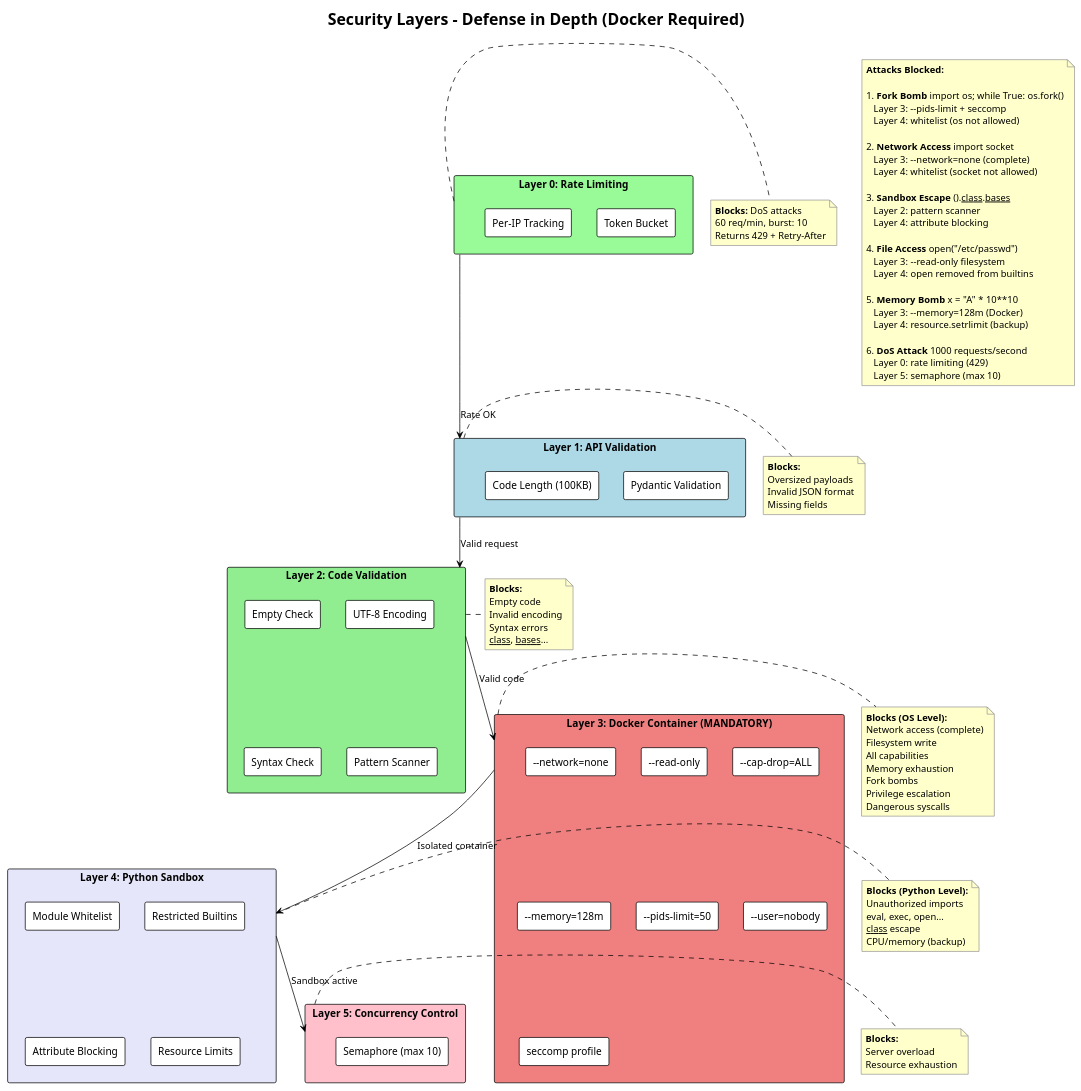
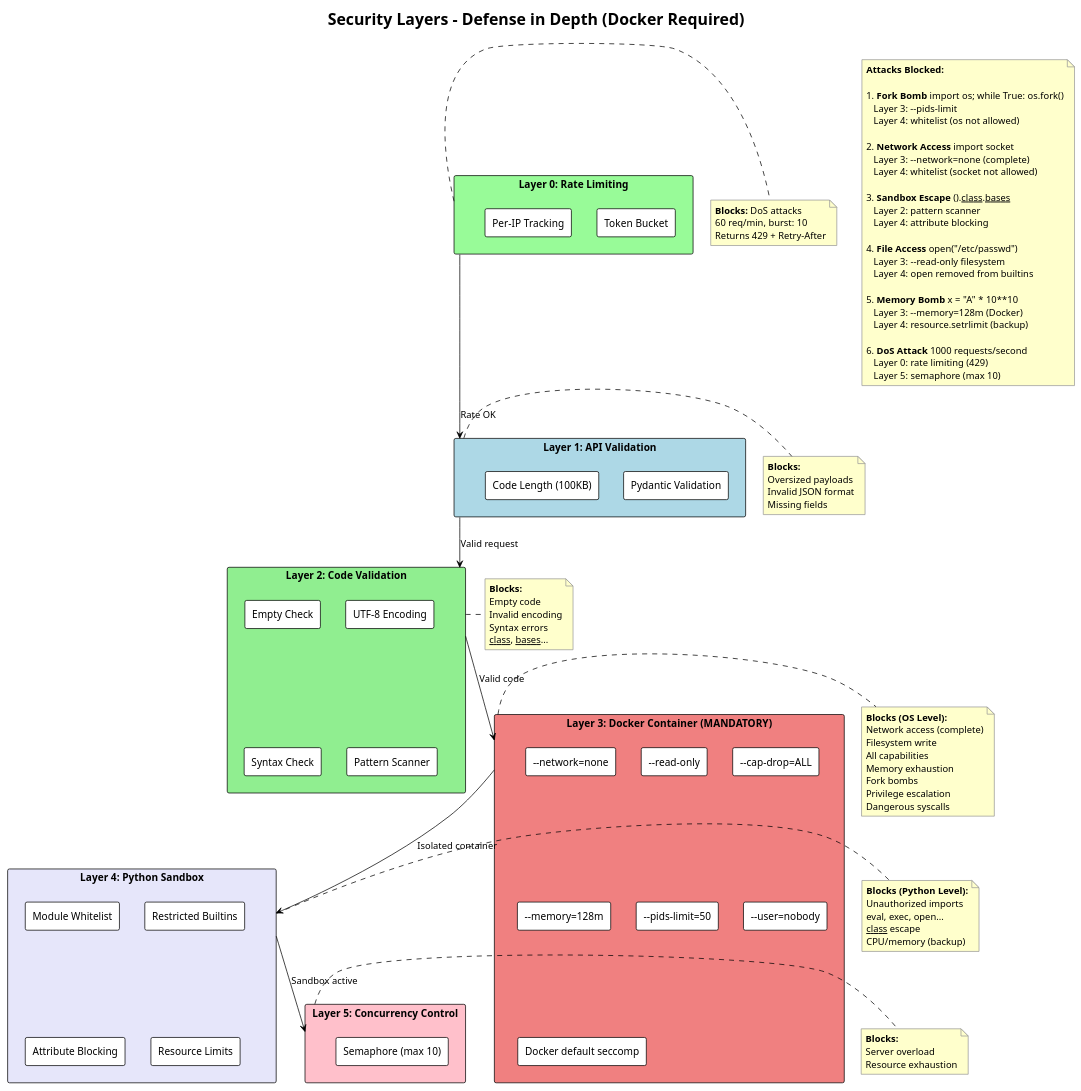
Before and after one commit to huangyingw/rayai-code-sandbox: the diagram in docs/security_layers.puml, drawn with PlantUML. The commit also changed 3 other files, not shown here.

First line of the commit message:
docs: update PUML diagrams to reflect Docker default seccomp

```diff
--- a/docs/security_layers.puml
+++ b/docs/security_layers.puml
@@ -1,134 +1,134 @@
 @startuml security_layers
 !theme plain
 title Security Layers - Defense in Depth (Docker Required)
 skinparam componentStyle rectangle
 skinparam noteBackgroundColor #FFFFCC
 skinparam noteBorderColor #999999
 
 ' ==================== LAYER 0: RATE LIMITING ====================
 rectangle "Layer 0: Rate Limiting" as L0 #PaleGreen {
     component "Token Bucket" as rate_bucket
     component "Per-IP Tracking" as ip_track
 }
 
 note right of L0
   **Blocks:** DoS attacks
   60 req/min, burst: 10
   Returns 429 + Retry-After
 end note
 
 ' ==================== LAYER 1: API VALIDATION ====================
 rectangle "Layer 1: API Validation" as L1 #LightBlue {
     component "Pydantic Validation" as pydantic
     component "Code Length (100KB)" as len_check
 }
 
 note right of L1
   **Blocks:**
   Oversized payloads
   Invalid JSON format
   Missing fields
 end note
 
 ' ==================== LAYER 2: CODE VALIDATION ====================
 rectangle "Layer 2: Code Validation" as L2 #LightGreen {
     component "Empty Check" as empty
     component "UTF-8 Encoding" as encoding
     component "Syntax Check" as syntax
     component "Pattern Scanner" as pattern
 }
 
 note right of L2
   **Blocks:**
   Empty code
   Invalid encoding
   Syntax errors
   __class__, __bases__...
 end note
 
 ' ==================== LAYER 3: DOCKER CONTAINER ====================
 rectangle "Layer 3: Docker Container (MANDATORY)" as L3 #LightCoral {
     component "--network=none" as net_none
     component "--read-only" as read_only
     component "--cap-drop=ALL" as cap_drop
     component "--memory=128m" as mem_limit
     component "--pids-limit=50" as pids_limit
     component "--user=nobody" as user_ns
-    component "seccomp profile" as seccomp
+    component "Docker default seccomp" as seccomp
 }
 
 note right of L3
   **Blocks (OS Level):**
   Network access (complete)
   Filesystem write
   All capabilities
   Memory exhaustion
   Fork bombs
   Privilege escalation
   Dangerous syscalls
 end note
 
 ' ==================== LAYER 4: PYTHON SANDBOX ====================
 rectangle "Layer 4: Python Sandbox" as L4 #Lavender {
     component "Module Whitelist" as whitelist
     component "Restricted Builtins" as builtins
     component "Attribute Blocking" as attr_block
     component "Resource Limits" as res_limits
 }
 
 note right of L4
   **Blocks (Python Level):**
   Unauthorized imports
   eval, exec, open...
   __class__ escape
   CPU/memory (backup)
 end note
 
 ' ==================== LAYER 5: CONCURRENCY ====================
 rectangle "Layer 5: Concurrency Control" as L5 #Pink {
     component "Semaphore (max 10)" as semaphore
 }
 
 note right of L5
   **Blocks:**
   Server overload
   Resource exhaustion
 end note
 
 ' ==================== FLOW ====================
 L0 -down-> L1 : Rate OK
 L1 -down-> L2 : Valid request
 L2 -down-> L3 : Valid code
 L3 -down-> L4 : Isolated container
 L4 -down-> L5 : Sandbox active
 
 ' ==================== ATTACK EXAMPLES ====================
 note as attacks
   **Attacks Blocked:**
 
   1. **Fork Bomb** import os; while True: os.fork()
-     Layer 3: --pids-limit + seccomp
+     Layer 3: --pids-limit
      Layer 4: whitelist (os not allowed)
 
   2. **Network Access** import socket
      Layer 3: --network=none (complete)
      Layer 4: whitelist (socket not allowed)
 
   3. **Sandbox Escape** ().__class__.__bases__
      Layer 2: pattern scanner
      Layer 4: attribute blocking
 
   4. **File Access** open("/etc/passwd")
      Layer 3: --read-only filesystem
      Layer 4: open removed from builtins
 
   5. **Memory Bomb** x = "A" * 10**10
      Layer 3: --memory=128m (Docker)
      Layer 4: resource.setrlimit (backup)
 
   6. **DoS Attack** 1000 requests/second
      Layer 0: rate limiting (429)
      Layer 5: semaphore (max 10)
 end note
 
 @enduml
```
